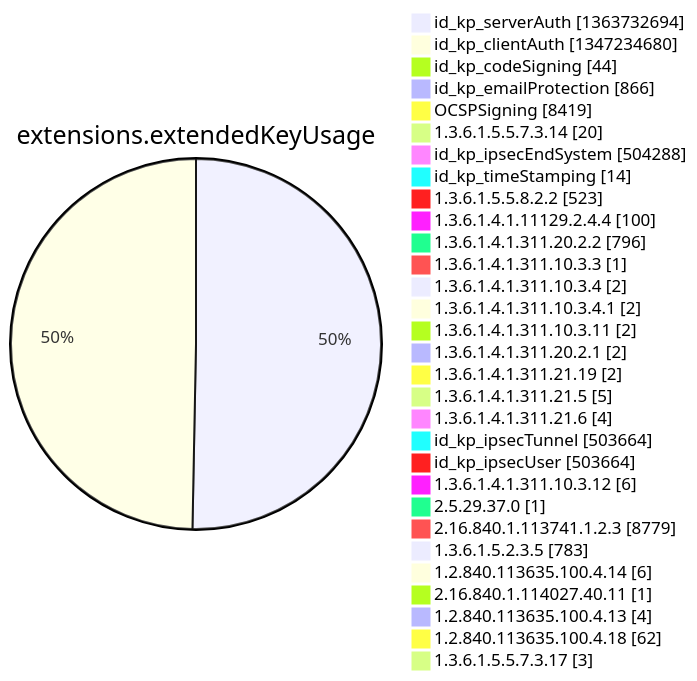
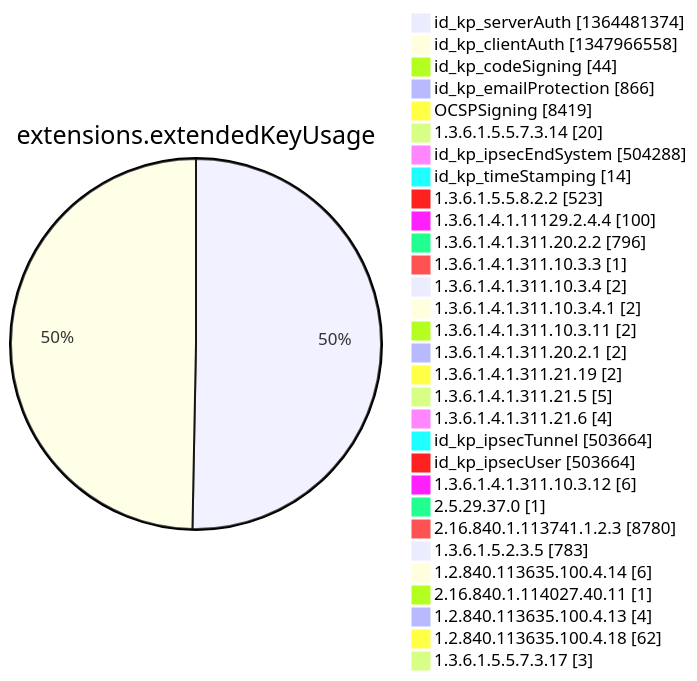
Before and after one commit to christiankrug/ctmonitor_visualization: diagram 12 of 15 in argon2022/README.md, drawn with Mermaid. The commit also changed other lines of this file, not shown here.

````diff
--- a/argon2022/README.md
+++ b/argon2022/README.md
@@ -3553,34 +3553,34 @@
 ```mermaid
 pie showData
 title extensions.extendedKeyUsage
-"id_kp_serverAuth" :1363732694
-"id_kp_clientAuth" :1347234680
+"id_kp_serverAuth" :1364481374
+"id_kp_clientAuth" :1347966558
 "id_kp_codeSigning" :44
 "id_kp_emailProtection" :866
 "OCSPSigning" :8419
 "1.3.6.1.5.5.7.3.14" :20
 "id_kp_ipsecEndSystem" :504288
 "id_kp_timeStamping" :14
 "1.3.6.1.5.5.8.2.2" :523
 "1.3.6.1.4.1.11129.2.4.4" :100
 "1.3.6.1.4.1.311.20.2.2" :796
 "1.3.6.1.4.1.311.10.3.3" :1
 "1.3.6.1.4.1.311.10.3.4" :2
 "1.3.6.1.4.1.311.10.3.4.1" :2
 "1.3.6.1.4.1.311.10.3.11" :2
 "1.3.6.1.4.1.311.20.2.1" :2
 "1.3.6.1.4.1.311.21.19" :2
 "1.3.6.1.4.1.311.21.5" :5
 "1.3.6.1.4.1.311.21.6" :4
 "id_kp_ipsecTunnel" :503664
 "id_kp_ipsecUser" :503664
 "1.3.6.1.4.1.311.10.3.12" :6
 "2.5.29.37.0" :1
-"2.16.840.1.113741.1.2.3" :8779
+"2.16.840.1.113741.1.2.3" :8780
 "1.3.6.1.5.2.3.5" :783
 "1.2.840.113635.100.4.14" :6
 "2.16.840.1.114027.40.11" :1
 "1.2.840.113635.100.4.13" :4
 "1.2.840.113635.100.4.18" :62
 "1.3.6.1.5.5.7.3.17" :3
 ```
````
